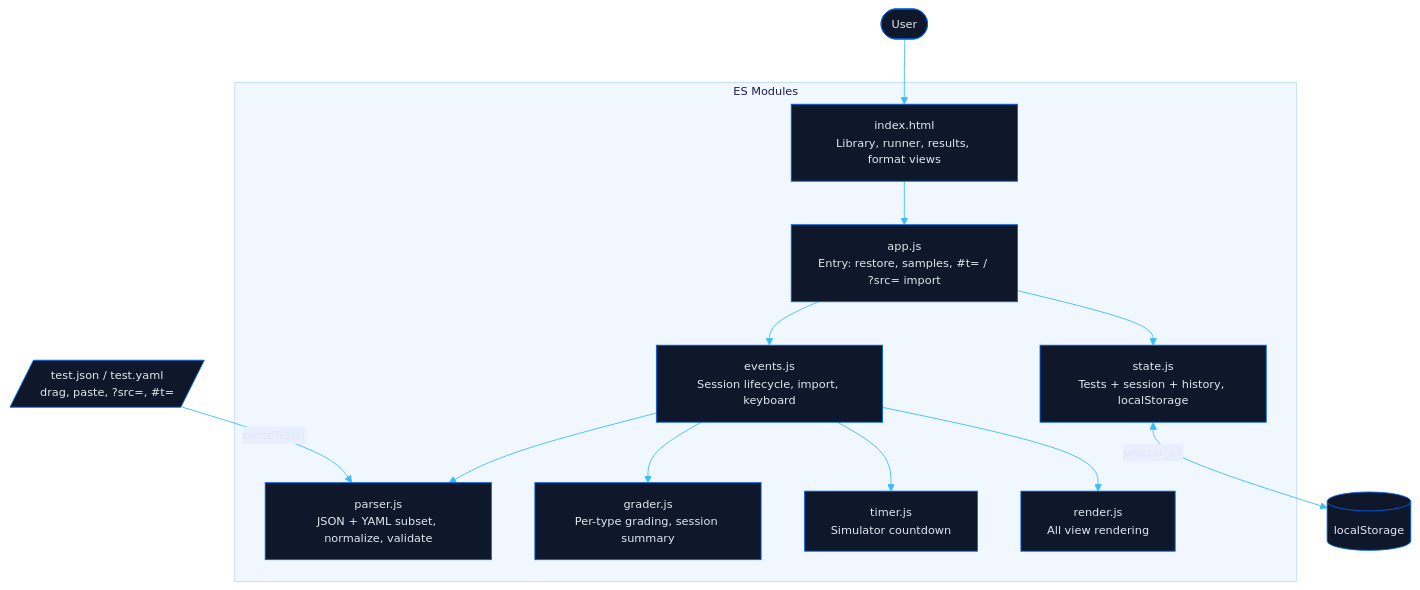
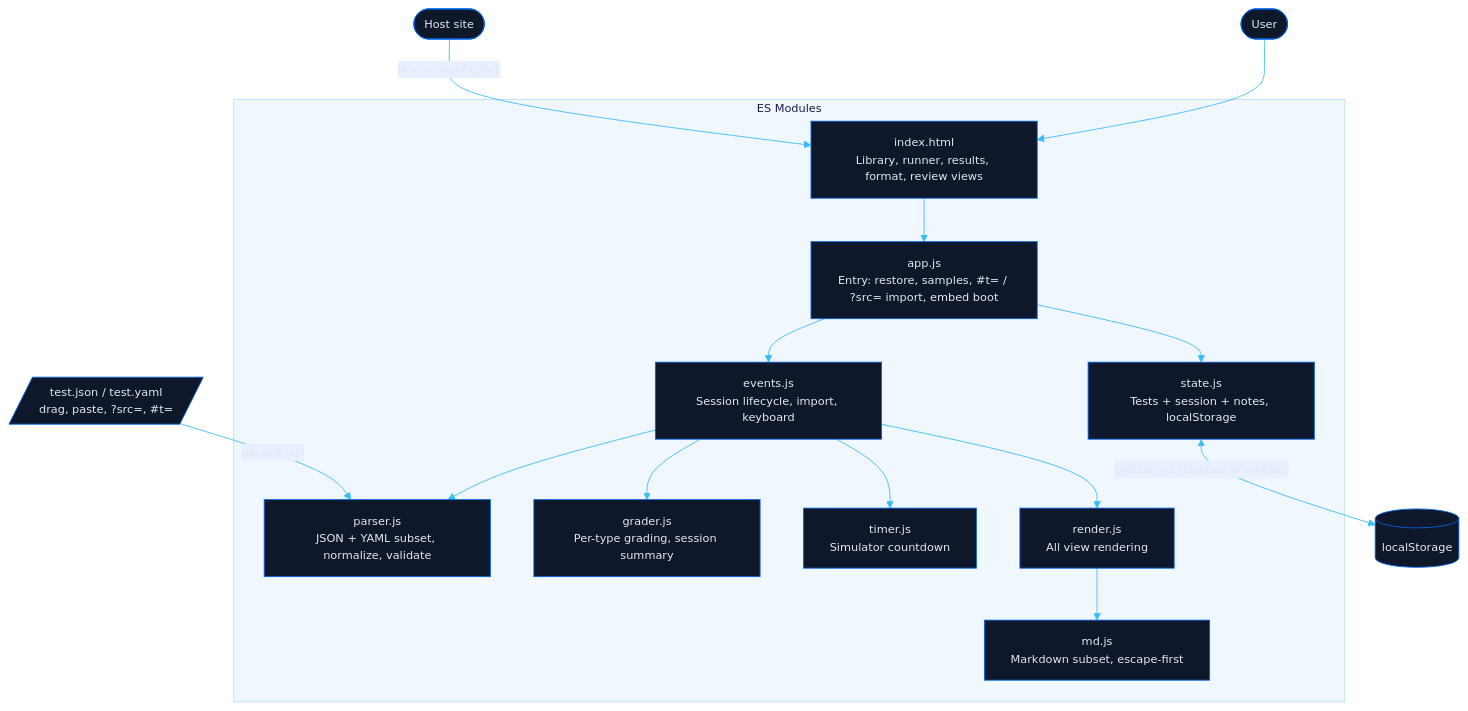
Before and after one commit to energon-a-secas/proctor-site: the diagram in docs/architecture.mmd, drawn with Mermaid. The commit also changed 1 other file, not shown here.

Commit message:
docs: architecture diagram catches up — md.js, review view, embed entry

```diff
--- a/docs/architecture.mmd
+++ b/docs/architecture.mmd
@@ -1,34 +1,36 @@
 ---
 config:
   theme: base
   themeVariables:
     primaryColor: "#0f172a"
     primaryTextColor: "#e2e8f0"
     primaryBorderColor: "#0063e5"
     lineColor: "#38bdf8"
     secondaryColor: "#1e293b"
     tertiaryColor: "#1e293b"
     clusterBkg: "#f0f7ff"
     clusterBorder: "#bfdbfe"
     edgeLabelBackground: "#e8f0ff"
     mainBkg: "#0f172a"
     nodeBorder: "#0063e5"
     titleColor: "#1e1b4b"
     fontFamily: "ui-sans-serif, system-ui, -apple-system, sans-serif"
     fontSize: "13px"
 ---
 flowchart TB
-    User([User]) --> HTML["index.html\nLibrary, runner, results, format views"]
+    User([User]) --> HTML["index.html\nLibrary, runner, results, format, review views"]
+    Host([Host site]) -->|"iframe ?embed=1"| HTML
 
     subgraph App["ES Modules"]
-        HTML --> app["app.js\nEntry: restore, samples, #t= / ?src= import"]
-        app --> state["state.js\nTests + session + history, localStorage"]
+        HTML --> app["app.js\nEntry: restore, samples, #t= / ?src= import, embed boot"]
+        app --> state["state.js\nTests + session + notes, localStorage"]
         app --> events["events.js\nSession lifecycle, import, keyboard"]
         events --> parser["parser.js\nJSON + YAML subset, normalize, validate"]
         events --> grader["grader.js\nPer-type grading, session summary"]
         events --> timer["timer.js\nSimulator countdown"]
         events --> render["render.js\nAll view rendering"]
+        render --> md["md.js\nMarkdown subset, escape-first"]
     end
 
     Files[/"test.json / test.yaml\ndrag, paste, ?src=, #t="/] -->|"parseTest()"| parser
-    state <-->|"proctor_v1"| Storage[("localStorage")]
+    state <-->|"proctor_v1 (skipped in embed)"| Storage[("localStorage")]
```
